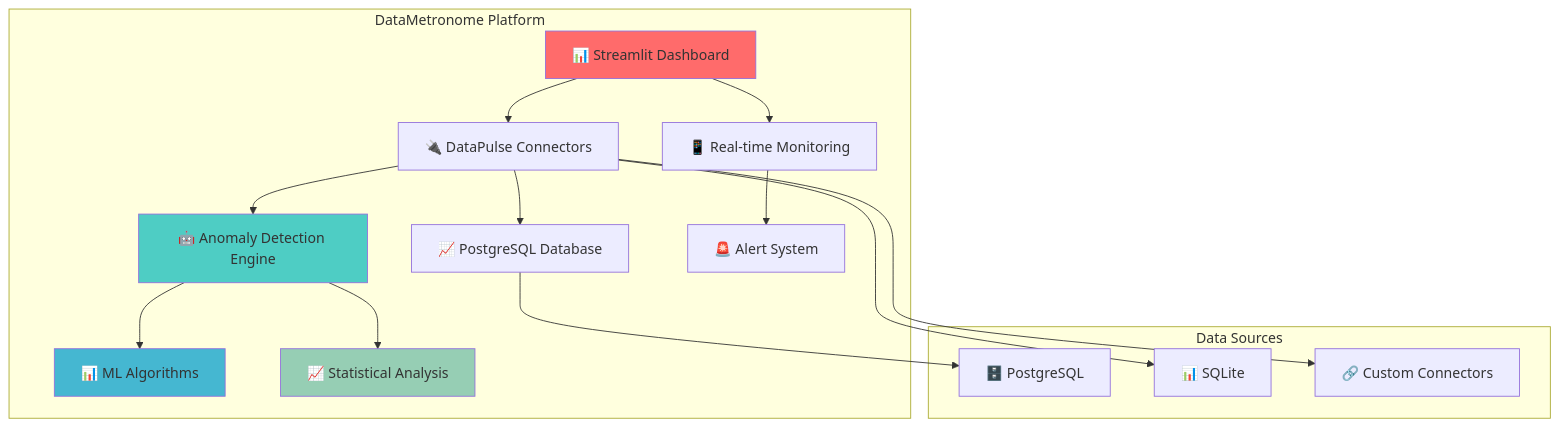
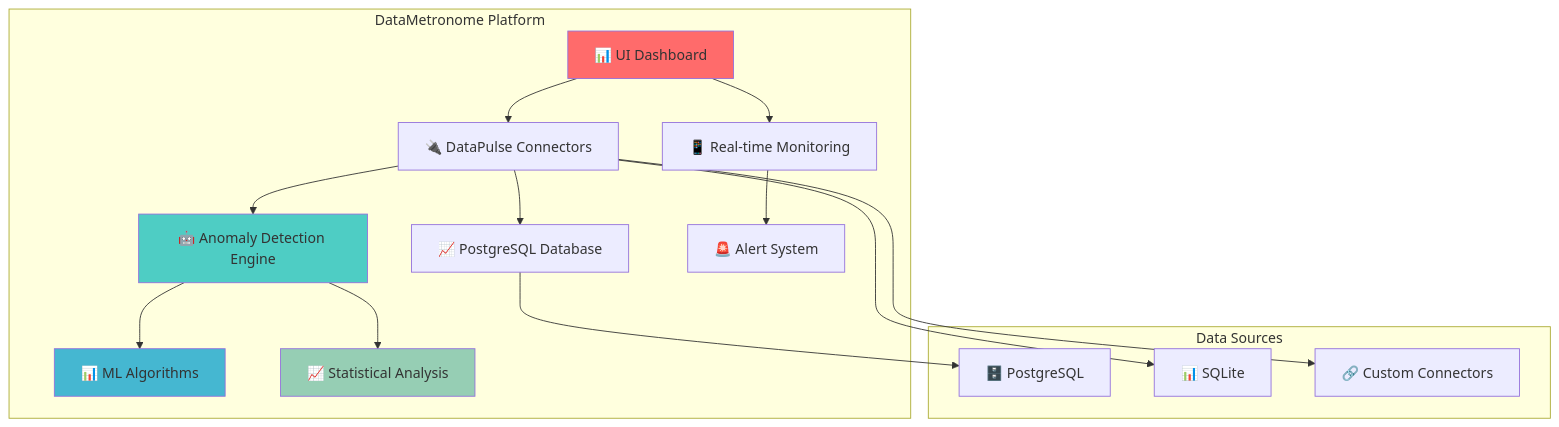
One commit to TheDataMaestros/datametronome changed the diagram in README.md. Above: the diagram before and after it, drawn with Mermaid. The commit also changed other lines of this file and 57 other files, not shown here.

````diff
--- a/README.md
+++ b/README.md
@@ -207,27 +201,27 @@
 ```mermaid
 graph TB
     subgraph "DataMetronome Platform"
-        A[📊 Streamlit Dashboard] --> B[🔌 DataPulse Connectors]
+        A[📊 UI Dashboard] --> B[🔌 DataPulse Connectors]
         B --> C[📈 PostgreSQL Database]
         B --> D[🤖 Anomaly Detection Engine]
         D --> E[📊 ML Algorithms]
         D --> F[📈 Statistical Analysis]
         A --> G[📱 Real-time Monitoring]
         G --> H[🚨 Alert System]
     end
     
     subgraph "Data Sources"
         I[🗄️ PostgreSQL]
         J[📊 SQLite]
         K[🔗 Custom Connectors]
     end
     
     C --> I
     B --> J
     B --> K
     
     style A fill:#ff6b6b
     style D fill:#4ecdc4
     style E fill:#45b7d1
     style F fill:#96ceb4
 ```
````
